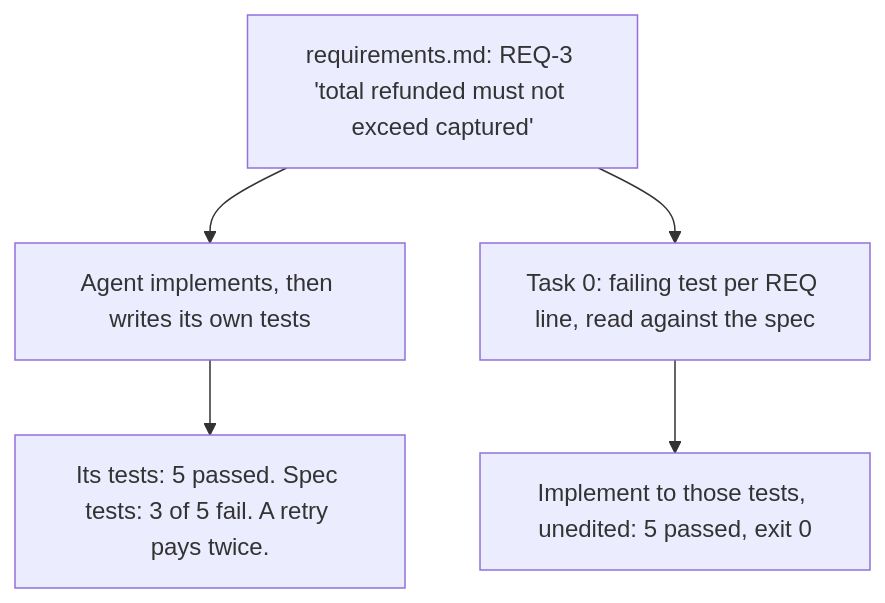
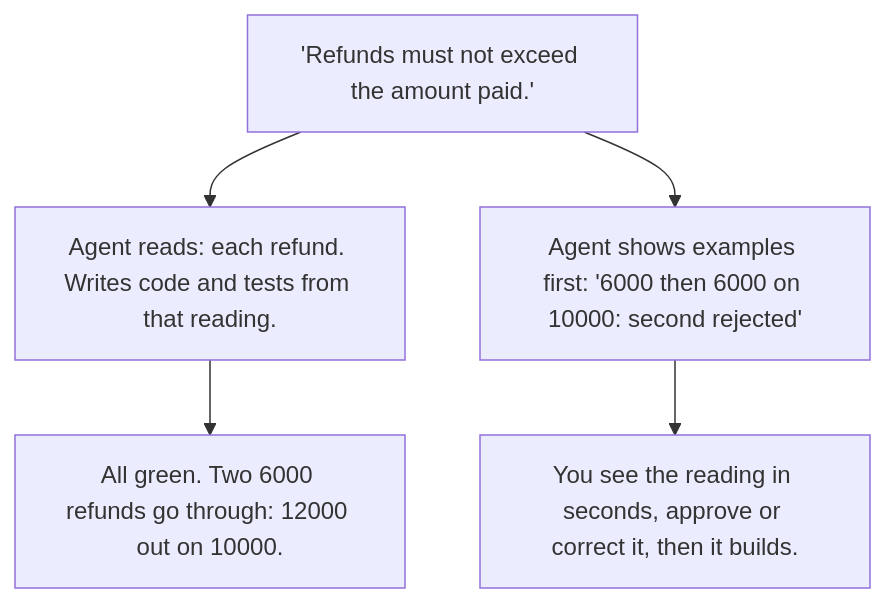
Before and after one commit to arunveersingh/ai: the diagram in courses/make-ai-fail-safely/day-08.md, drawn with Mermaid. The commit also changed other lines of this file and 4 other files, not shown here.

Commit message:
Day 8: rebuild as focused concept lesson (approve the reading before the code)

````diff
--- a/courses/make-ai-fail-safely/day-08.md
+++ b/courses/make-ai-fail-safely/day-08.md
@@ -19,8 +17,8 @@
 ```mermaid
 flowchart TB
-  S["requirements.md: REQ-3 'total refunded must not exceed captured'"]
-  S --> A["Agent implements, then writes its own tests"]
-  S --> B["Task 0: failing test per REQ line, read against the spec"]
-  A --> W["Its tests: 5 passed. Spec tests: 3 of 5 fail. A retry pays twice."]
-  B --> P["Implement to those tests, unedited: 5 passed, exit 0"]
+  S["'Refunds must not exceed the amount paid.'"]
+  S --> A["Agent reads: each refund. Writes code and tests from that reading."]
+  S --> B["Agent shows examples first: '6000 then 6000 on 10000: second rejected'"]
+  A --> W["All green. Two 6000 refunds go through: 12000 out on 10000."]
+  B --> P["You see the reading in seconds, approve or correct it, then it builds."]
 ```
````
